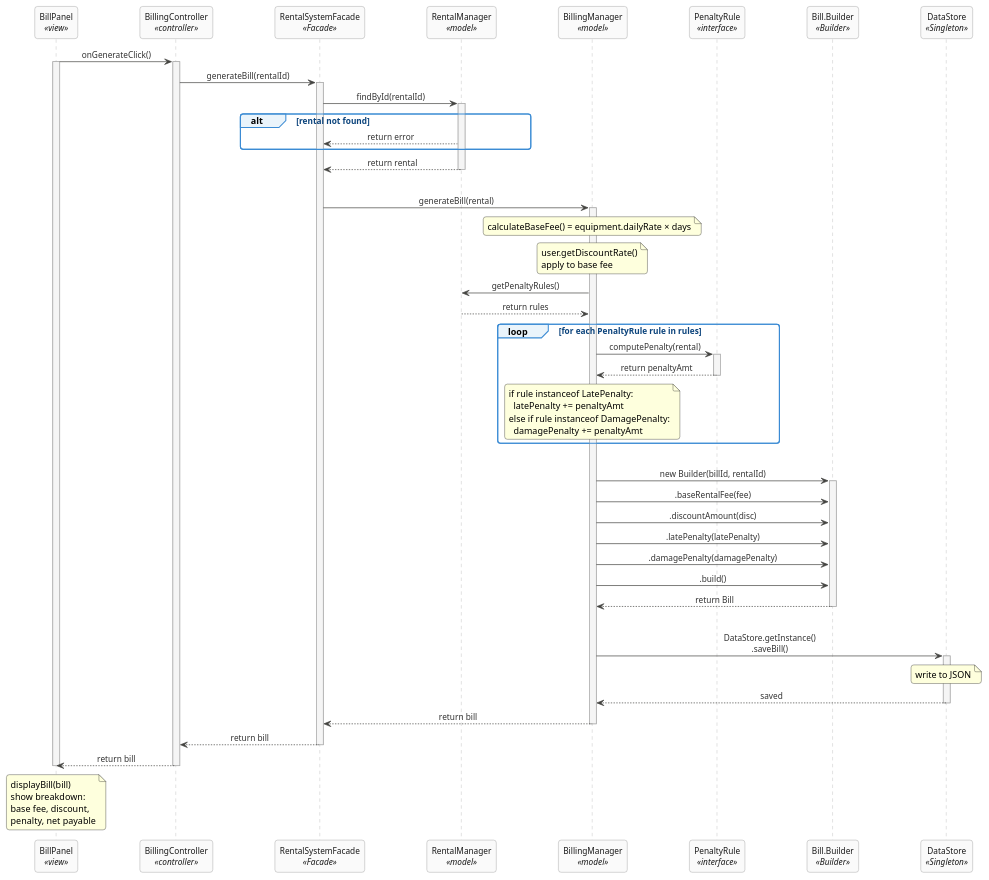
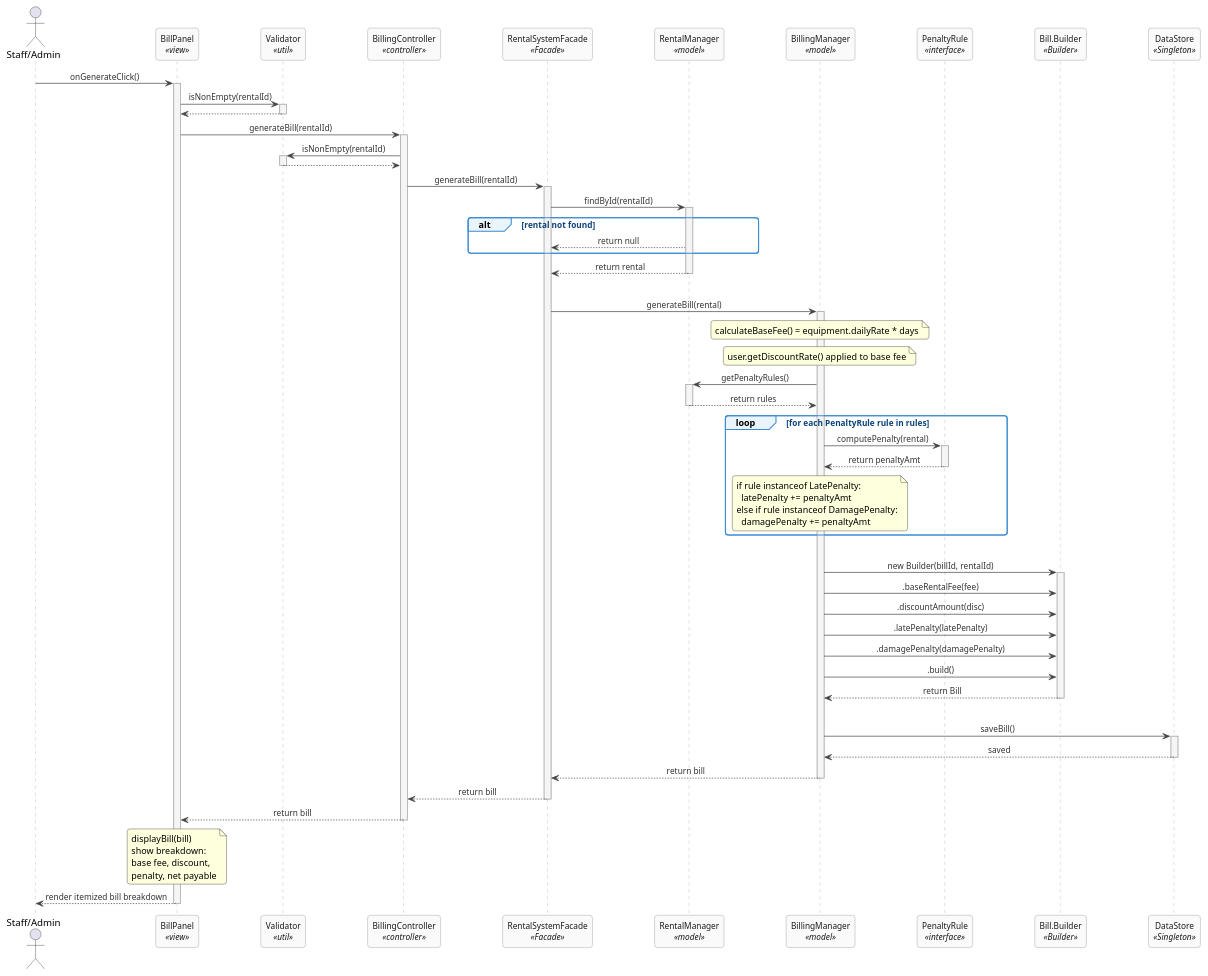
One commit to sarafidi/G1_SmartEquipmentRental-BillingSystem changed the diagram in diagrams/FINAL_sequence_generate_bill.puml. Above: the diagram before and after it, drawn with PlantUML. The commit also changed 5 other files, not shown here.

```diff
--- a/diagrams/FINAL_sequence_generate_bill.puml
+++ b/diagrams/FINAL_sequence_generate_bill.puml
@@ -1,136 +1,139 @@
 @startuml GenerateBill
 
 skinparam sequenceMessageAlign center
 skinparam responseMessageBelowArrow true
 skinparam maxMessageSize 200
 skinparam roundcorner 8
 skinparam shadowing false
 skinparam stereotypePosition bottom
 skinparam ParticipantPadding 40
 
 skinparam participant {
   BackgroundColor #FAFAFA
   BorderColor     #888888
   FontColor       #1A1A1A
   FontSize        12
 }
 
 skinparam sequence {
   ArrowColor              #444441
   ArrowFontSize           12
   ArrowFontColor          #333333
   LifeLineBorderColor     #AAAAAA
   LifeLineBackgroundColor #F5F5F5
   GroupBackgroundColor    #EAF4FB
   GroupBorderColor        #3B8BD4
   GroupFontColor          #0C447C
   GroupFontSize           12
   NoteBackgroundColor     #FFF8E8
   NoteBorderColor         #AAAAAA
   NoteFontSize            12
 }
 
-' ═══════════════════════════════════════════════════
-' PARTICIPANTS — matches visual diagram 2
-' 7 lifelines: BillPanel, BillingController, Facade,
-'              RentalManager, BillingManager,
-'              Bill.Builder, DataStore
-' ═══════════════════════════════════════════════════
+actor "Staff/Admin" as Actor
 participant "BillPanel" as View <<view>>
+participant "Validator" as Val <<util>>
 participant "BillingController" as Ctrl <<controller>>
 participant "RentalSystemFacade" as Facade <<Facade>>
 participant "RentalManager" as RentMgr <<model>>
 participant "BillingManager" as BillMgr <<model>>
 participant "PenaltyRule" as Rule <<interface>>
 participant "Bill.Builder" as Builder <<Builder>>
 participant "DataStore" as DS <<Singleton>>
 
-' ═══════════════════════════════════════════════════
-' MESSAGE FLOW — matches visual diagram 2
-' ═══════════════════════════════════════════════════
+' ===================================================
+' MESSAGE FLOW
+' ===================================================
 
-' Step 1
-View -> Ctrl : onGenerateClick()
+Actor -> View : onGenerateClick()
 activate View
+
+' View input validation
+View -> Val : isNonEmpty(rentalId)
+activate Val
+Val --> View
+deactivate Val
+
+' View calls Controller
+View -> Ctrl : generateBill(rentalId)
 activate Ctrl
 
-' Step 2
+' Controller input validation
+Ctrl -> Val : isNonEmpty(rentalId)
+activate Val
+Val --> Ctrl
+deactivate Val
+
+' Controller calls Facade
 Ctrl -> Facade : generateBill(rentalId)
 activate Facade
 
-' Step 3 — Facade retrieves rental first
+' Facade retrieves rental first
 Facade -> RentMgr : findById(rentalId)
 activate RentMgr
 
-' alt: rental not found
-group alt [rental not found]
-  RentMgr --> Facade : return error
+alt rental not found
+  RentMgr --> Facade : return null
 end
 
-' Step 5
 RentMgr --> Facade : return rental
 deactivate RentMgr
 
 |||
-' Step 6
+' Facade delegates to BillingManager
 Facade -> BillMgr : generateBill(rental)
 activate BillMgr
 
-' Step 7 — BillingManager calculates components
-note over BillMgr : calculateBaseFee() = equipment.dailyRate × days
+' Calculate components
+note over BillMgr : calculateBaseFee() = equipment.dailyRate * days
+note over BillMgr : user.getDiscountRate() applied to base fee
 
-' Step 8
-note over BillMgr : user.getDiscountRate()\napply to base fee
-
-' Step 9 — Retrieve rules and calculate penalties
+' Retrieve penalty strategies
 BillMgr -> RentMgr : getPenaltyRules()
+activate RentMgr
 RentMgr --> BillMgr : return rules
+deactivate RentMgr
 
 loop for each PenaltyRule rule in rules
   BillMgr -> Rule : computePenalty(rental)
   activate Rule
   Rule --> BillMgr : return penaltyAmt
   deactivate Rule
   note over BillMgr : if rule instanceof LatePenalty:\n  latePenalty += penaltyAmt\nelse if rule instanceof DamagePenalty:\n  damagePenalty += penaltyAmt
 end
 
 |||
-' ── Builder block (Steps 10–14) ─────────────────
+' Builder block
 BillMgr -> Builder : new Builder(billId, rentalId)
 activate Builder
 
 BillMgr -> Builder : .baseRentalFee(fee)
 BillMgr -> Builder : .discountAmount(disc)
 BillMgr -> Builder : .latePenalty(latePenalty)
 BillMgr -> Builder : .damagePenalty(damagePenalty)
 
-' Step 14
 BillMgr -> Builder : .build()
 Builder --> BillMgr : return Bill
 deactivate Builder
 
 |||
-' Step 16 — persist bill via Singleton
-BillMgr -> DS : DataStore.getInstance()\n.saveBill()
+' Persist bill
+BillMgr -> DS : saveBill()
 activate DS
-note over DS : write to JSON
 DS --> BillMgr : saved
 deactivate DS
 
-' Step 17
 BillMgr --> Facade : return bill
 deactivate BillMgr
 
-' Step 18
 Facade --> Ctrl : return bill
 deactivate Facade
 
-' Step 19
 Ctrl --> View : return bill
 deactivate Ctrl
 
-' Step 20
 note over View : displayBill(bill)\nshow breakdown:\nbase fee, discount,\npenalty, net payable
+View --> Actor : render itemized bill breakdown
 deactivate View
 
 @enduml
```
